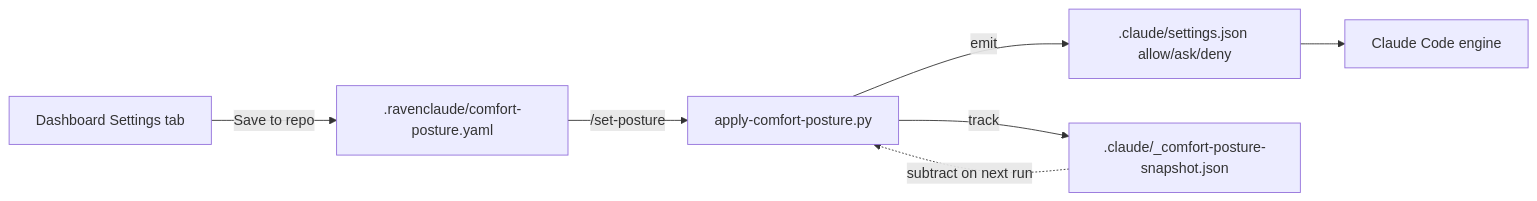
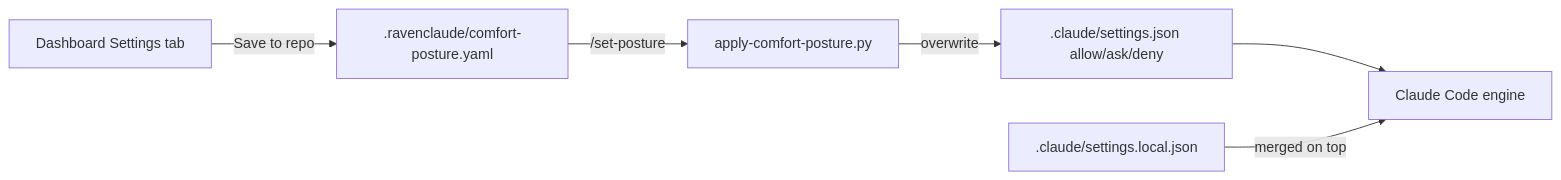
Before and after one commit to mcorbett51090/RavenClaude: the diagram in plugins/ravenclaude-core/skills/set-posture.md, drawn with Mermaid. The commit also changed other lines of this file and 7 other files, not shown here.

First line of the commit message:
feat(ravenclaude-core): comfort-posture v0.17.0 — overwrite mode + security_deny + per-pattern overrides

````diff
--- a/plugins/ravenclaude-core/skills/set-posture.md
+++ b/plugins/ravenclaude-core/skills/set-posture.md
@@ -12,9 +12,8 @@
 ```mermaid
 flowchart LR
   DASH[Dashboard Settings tab] -->|Save to repo| YAML[.ravenclaude/comfort-posture.yaml]
   YAML -->|/set-posture| TR[apply-comfort-posture.py]
-  TR -->|emit| RULES[.claude/settings.json allow/ask/deny]
+  TR -->|overwrite| RULES[.claude/settings.json allow/ask/deny]
   RULES --> ENGINE[Claude Code engine]
-  TR -->|track| SNAP[.claude/_comfort-posture-snapshot.json]
-  SNAP -.->|subtract on next run|TR
+  LOCAL[.claude/settings.local.json] -->|merged on top| ENGINE
 ```
````
